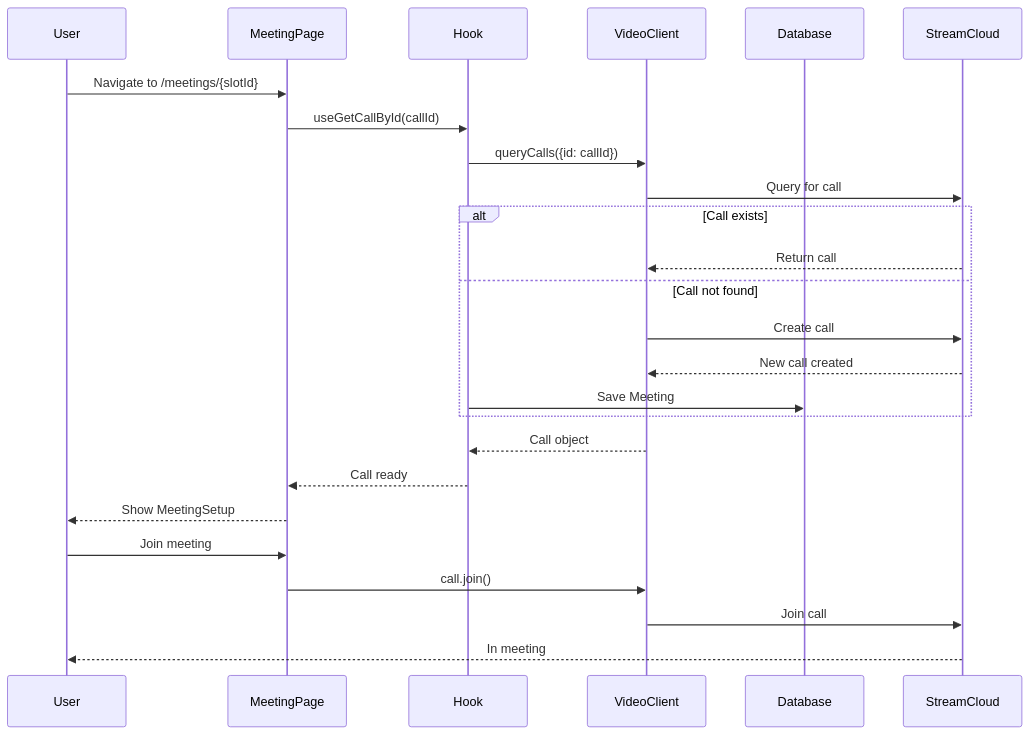
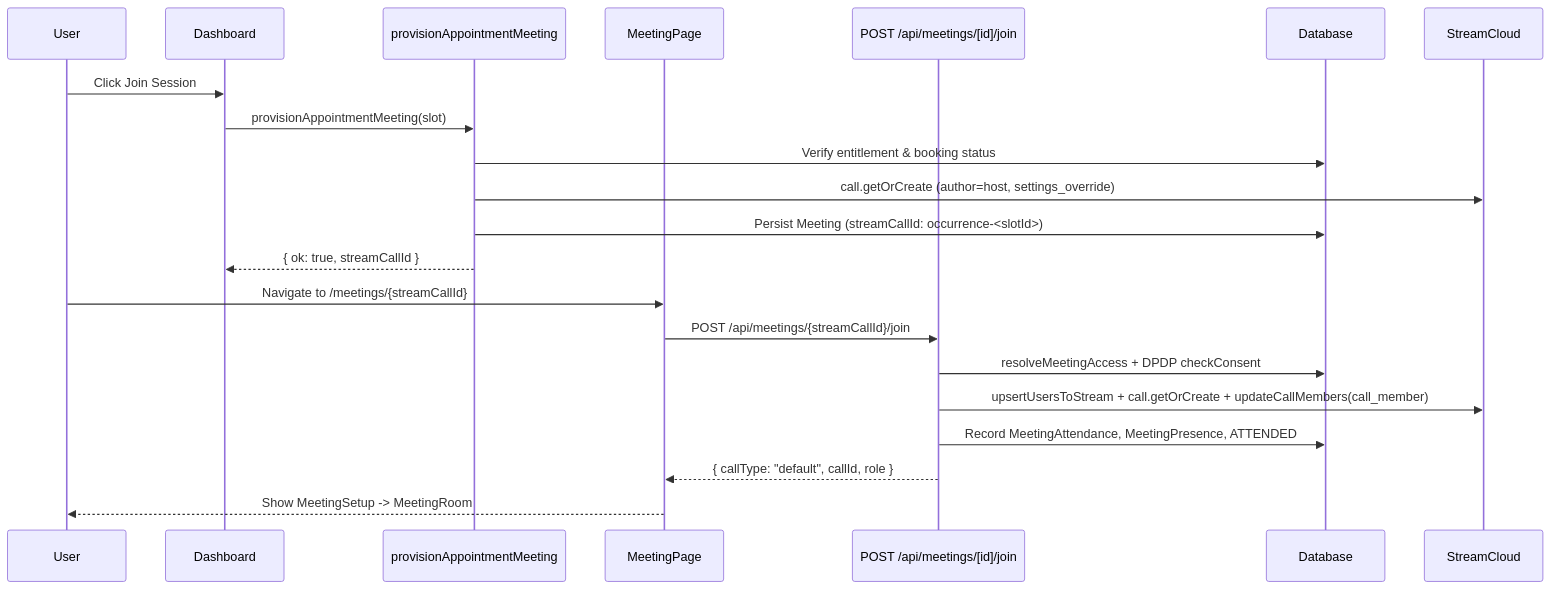
The fifth of 7 diagrams in docs/stream/01-architecture.md (Practitionist/familiarise_web), drawn with Mermaid before and after one commit. The commit also changed other lines of this file and 34 other files, not shown here.

Commit message:
feat(meetings): elastic session envelope, backstage, scripts, and Stream docs

````diff
--- a/docs/stream/01-architecture.md
+++ b/docs/stream/01-architecture.md
@@ -216,32 +216,25 @@
 ```mermaid
 sequenceDiagram
     participant User
+    participant Dashboard
+    participant MeetingAction as provisionAppointmentMeeting
     participant MeetingPage
-    participant Hook
-    participant VideoClient
+    participant JoinRoute as POST /api/meetings/[id]/join
     participant Database
     participant StreamCloud
 
-    User->>MeetingPage: Navigate to /meetings/{slotId}
-    MeetingPage->>Hook: useGetCallById(callId)
+    User->>Dashboard: Click Join Session
+    Dashboard->>MeetingAction: provisionAppointmentMeeting(slot)
+    MeetingAction->>Database: Verify entitlement & booking status
+    MeetingAction->>StreamCloud: call.getOrCreate (author=host, settings_override)
+    MeetingAction->>Database: Persist Meeting (streamCallId: occurrence-<slotId>)
+    MeetingAction-->>Dashboard: { ok: true, streamCallId }
 
-    Hook->>VideoClient: queryCalls({id: callId})
-    VideoClient->>StreamCloud: Query for call
-
-    alt Call exists
-        StreamCloud-->>VideoClient: Return call
-    else Call not found
-        VideoClient->>StreamCloud: Create call
-        StreamCloud-->>VideoClient: New call created
-        Hook->>Database: Save Meeting
-    end
-
-    VideoClient-->>Hook: Call object
-    Hook-->>MeetingPage: Call ready
-    MeetingPage-->>User: Show MeetingSetup
-
-    User->>MeetingPage: Join meeting
-    MeetingPage->>VideoClient: call.join()
-    VideoClient->>StreamCloud: Join call
-    StreamCloud-->>User: In meeting
+    User->>MeetingPage: Navigate to /meetings/{streamCallId}
+    MeetingPage->>JoinRoute: POST /api/meetings/{streamCallId}/join
+    JoinRoute->>Database: resolveMeetingAccess + DPDP checkConsent
+    JoinRoute->>StreamCloud: upsertUsersToStream + call.getOrCreate + updateCallMembers(call_member)
+    JoinRoute->>Database: Record MeetingAttendance, MeetingPresence, ATTENDED
+    JoinRoute-->>MeetingPage: { callType: "default", callId, role }
+    MeetingPage-->>User: Show MeetingSetup -> MeetingRoom
 ```
````
